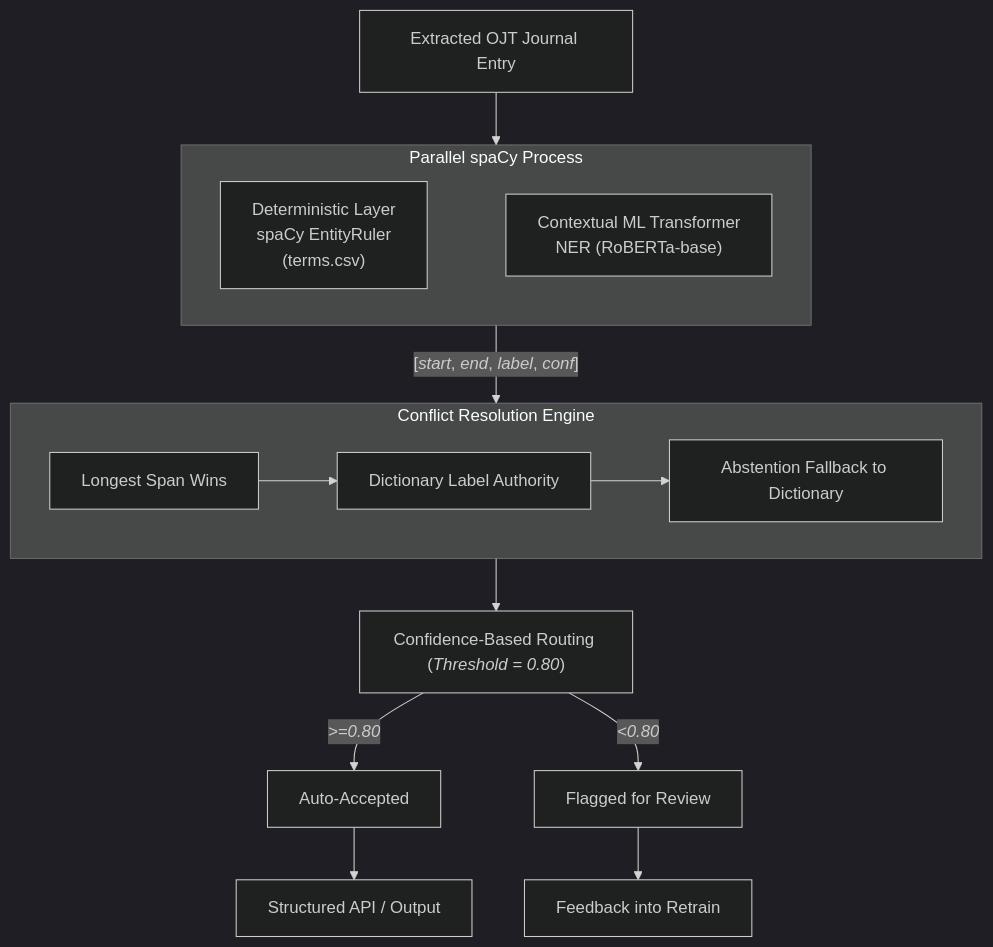
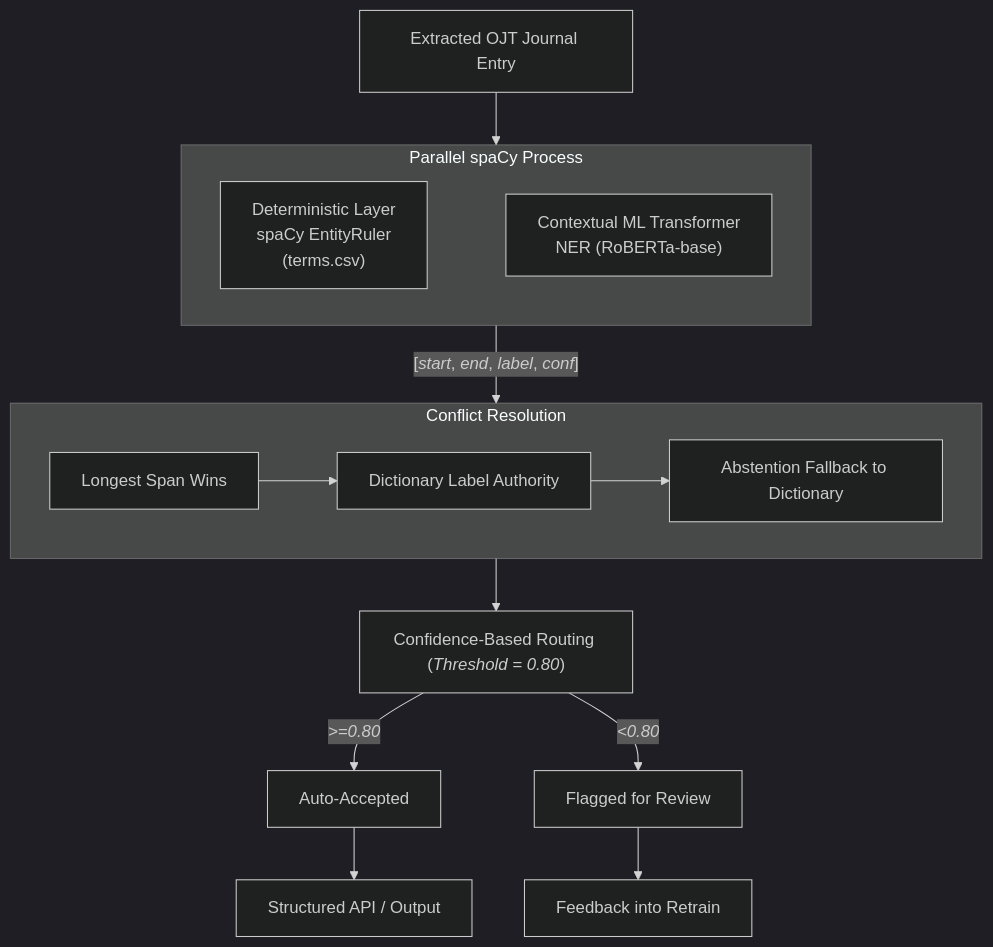
The diagram in README.md (caineirb/spaCy-training), drawn with Mermaid (dark theme) before and after one commit. The commit also changed other lines of this file and 46 other files, not shown here.

````diff
--- a/README.md
+++ b/README.md
@@ -18,33 +18,33 @@
 ```mermaid
 flowchart TB
   Text["Extracted OJT Journal Entry"]
 
   subgraph spaCyProcess["Parallel spaCy Process"]
     direction LR
     Layer1["Deterministic Layer<br/>spaCy EntityRuler<br/>(terms.csv)"]
     Layer2["Contextual ML Transformer<br/>NER (RoBERTa-base)"]
     Layer1 ~~~ Layer2
   end
 
-  subgraph ConflictEngine["Conflict Resolution Engine"]
+  subgraph ConflictEngine["Conflict Resolution"]
     direction LR
     id1["Longest Span Wins"]
     id2["Dictionary Label Authority"]
     id3["Abstention Fallback to Dictionary"]
     id1 --> id2 --> id3
   end
 
   Routing["`Confidence-Based Routing (*Threshold = 0.80*)`"]
   Accept["Auto-Accepted"]
   Review["Flagged for Review"]
   Output["Structured API / Output"]
   Retrain["Feedback into Retrain"]
 
   Text --> spaCyProcess
   spaCyProcess -->|"`[*start*, *end*, *label*, *conf*]`"| ConflictEngine
   ConflictEngine --> Routing
   Routing -->|"`*>=0.80*`"| Accept
   Routing -->|"`*<0.80*`"| Review
   Accept --> Output
   Review --> Retrain
 ```
````
